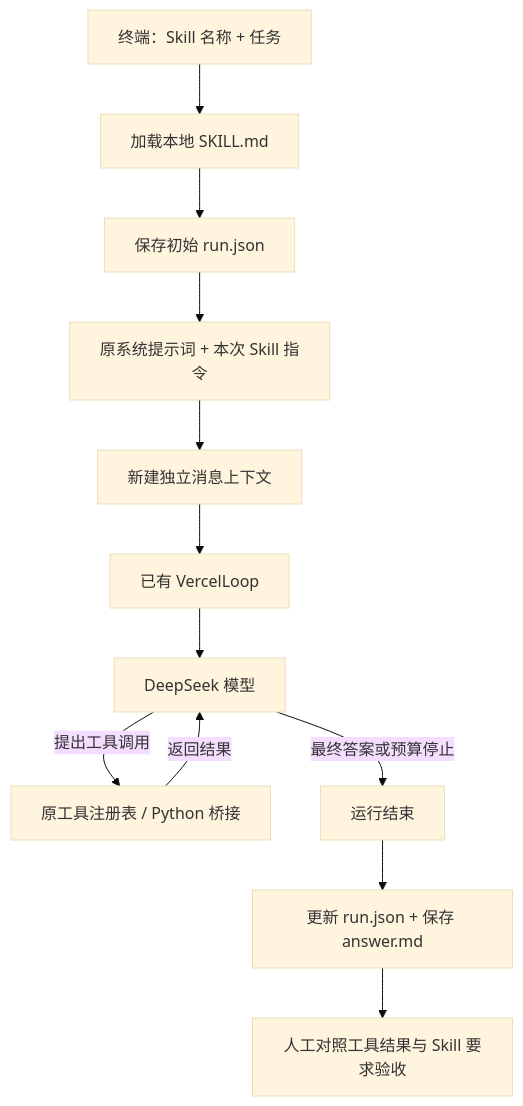
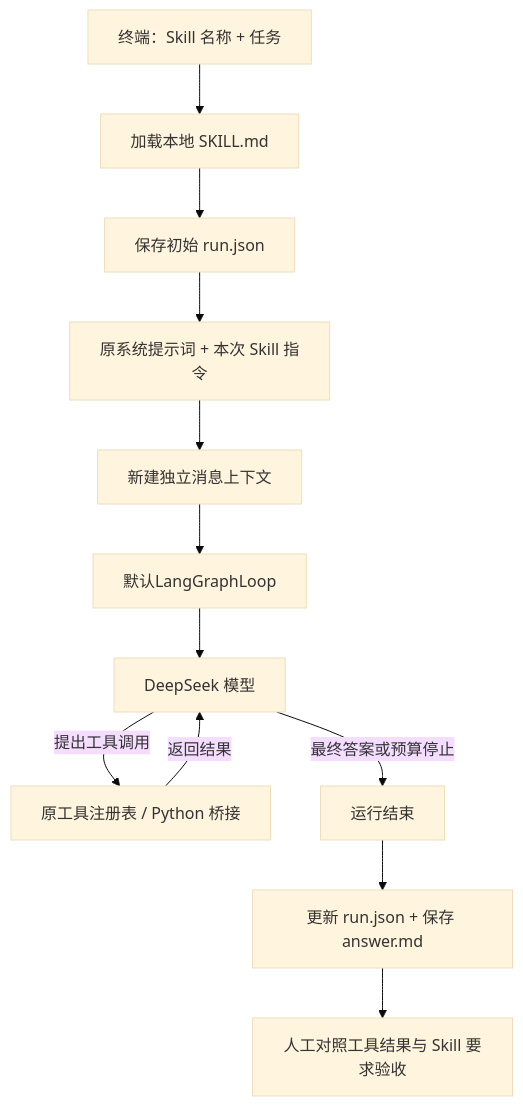
One commit to ashyh123/agent-harness changed the diagram in vercel_agent/HARNESS.md. Above: the diagram before and after it, drawn with Mermaid (base theme). The commit also changed other lines of this file and 60 other files, not shown here.

````diff
--- a/vercel_agent/HARNESS.md
+++ b/vercel_agent/HARNESS.md
@@ -48,14 +48,14 @@
 ```mermaid
 flowchart TD
     A[终端：Skill 名称 + 任务] --> B[加载本地 SKILL.md]
     B --> C[保存初始 run.json]
     C --> D[原系统提示词 + 本次 Skill 指令]
     D --> E[新建独立消息上下文]
-    E --> F[已有 VercelLoop]
+    E --> F[默认LangGraphLoop]
     F --> M[DeepSeek 模型]
     M -->|提出工具调用| T[原工具注册表 / Python 桥接]
     T -->|返回结果| M
     M -->|最终答案或预算停止| G[运行结束]
     G --> H[更新 run.json + 保存 answer.md]
     H --> I[人工对照工具结果与 Skill 要求验收]
 ```
````
